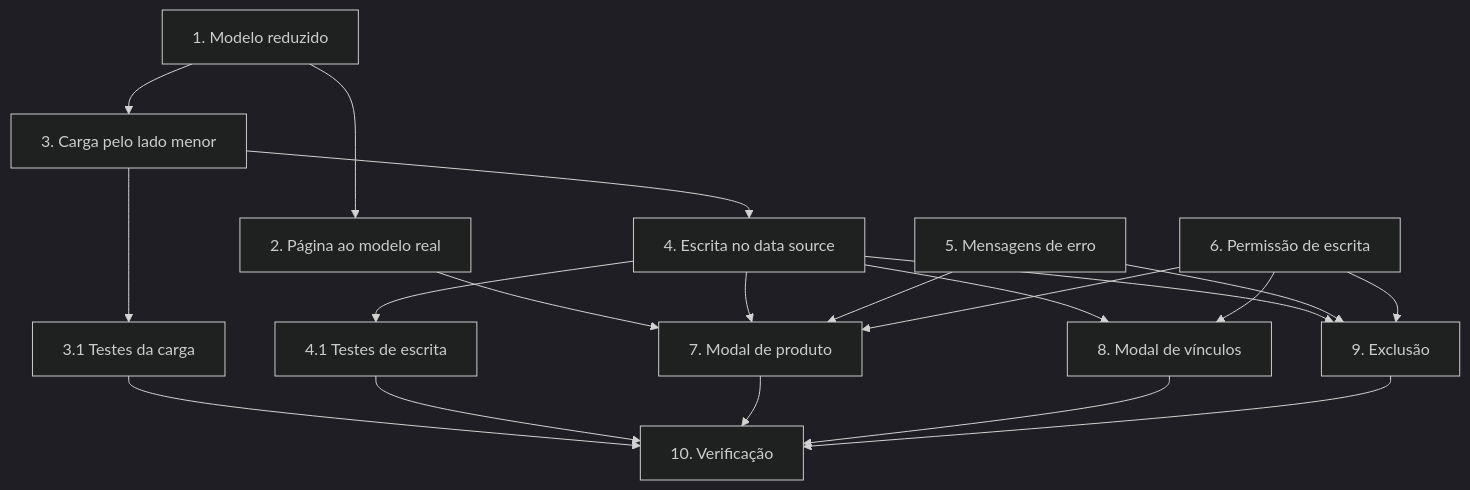
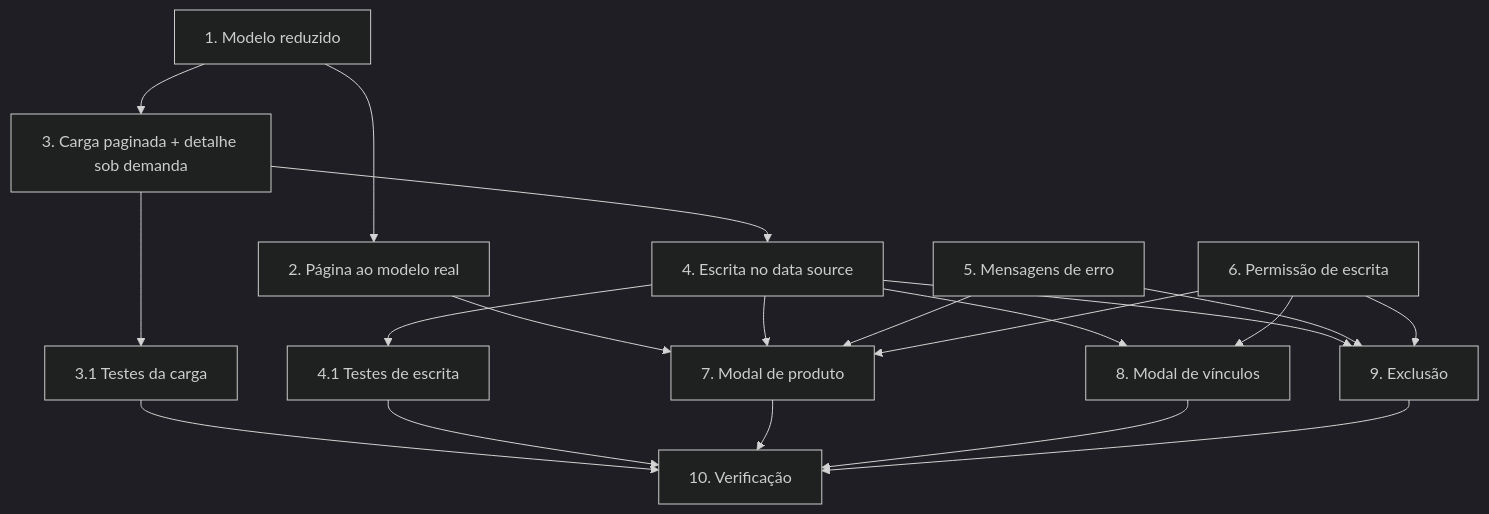
One commit to devs-atem/frontend-portal-nave changed the diagram in .kiro/specs/products-integration-alignment/tasks.md. Above: the diagram before and after it, drawn with Mermaid (dark theme). The commit also changed other lines of this file, not shown here.

````diff
--- a/.kiro/specs/products-integration-alignment/tasks.md
+++ b/.kiro/specs/products-integration-alignment/tasks.md
@@ -61,35 +65,35 @@
 ```mermaid
 graph TD
   T1[1. Modelo reduzido]
   T2[2. Página ao modelo real]
-  T3[3. Carga pelo lado menor]
+  T3[3. Carga paginada + detalhe sob demanda]
   T3_1[3.1 Testes da carga]
   T4[4. Escrita no data source]
   T4_1[4.1 Testes de escrita]
   T5[5. Mensagens de erro]
   T6[6. Permissão de escrita]
   T7[7. Modal de produto]
   T8[8. Modal de vínculos]
   T9[9. Exclusão]
   T10[10. Verificação]
 
   T1 --> T2
   T1 --> T3
   T3 --> T3_1
   T3 --> T4
   T4 --> T4_1
   T2 --> T7
   T4 --> T7
   T5 --> T7
   T6 --> T7
   T4 --> T8
   T6 --> T8
   T4 --> T9
   T5 --> T9
   T6 --> T9
   T3_1 --> T10
   T4_1 --> T10
   T7 --> T10
   T8 --> T10
   T9 --> T10
 ```
````
